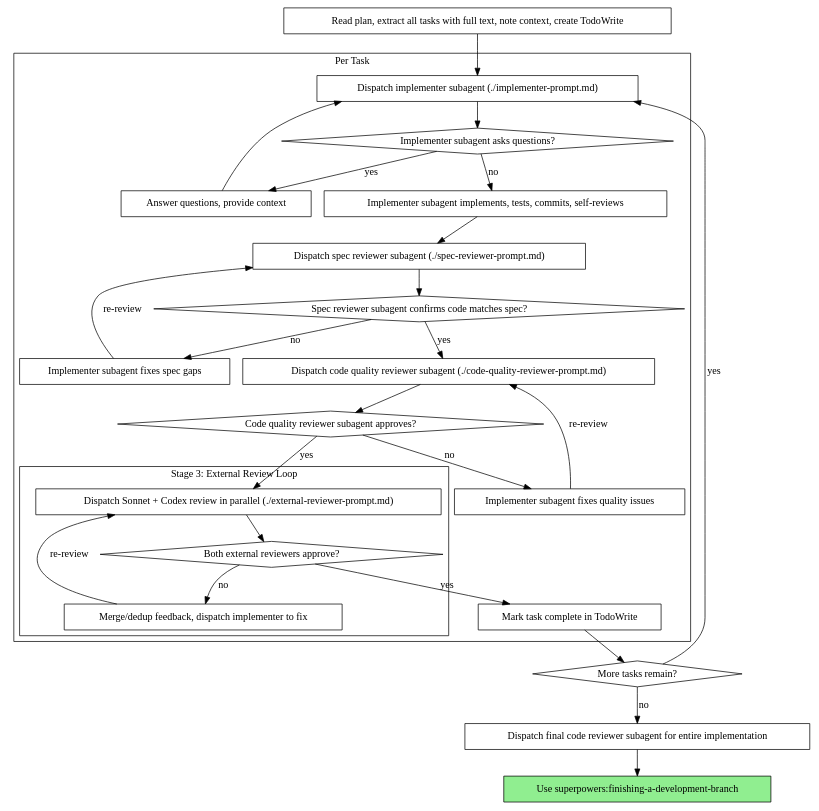
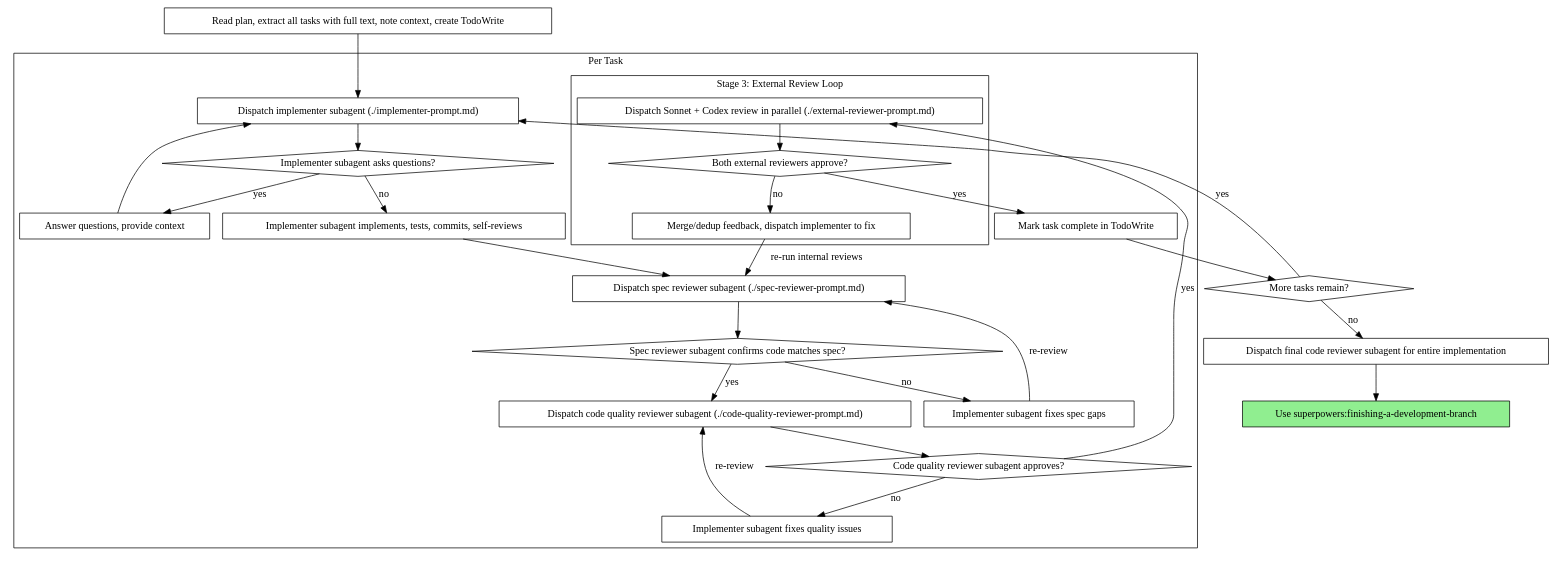
The second of 2 diagrams in skills/subagent-driven-development/SKILL.md (bmax121/superpowers), drawn with Graphviz before and after one commit. The commit also changed other lines of this file and 1 other file, not shown here.

Commit message:
fix: re-run internal reviews after external review fixes (caught by Codex review)

````diff
--- a/skills/subagent-driven-development/SKILL.md
+++ b/skills/subagent-driven-development/SKILL.md
@@ -42,56 +42,56 @@
 ```dot
 digraph process {
     rankdir=TB;
 
     subgraph cluster_per_task {
         label="Per Task";
         "Dispatch implementer subagent (./implementer-prompt.md)" [shape=box];
         "Implementer subagent asks questions?" [shape=diamond];
         "Answer questions, provide context" [shape=box];
         "Implementer subagent implements, tests, commits, self-reviews" [shape=box];
         "Dispatch spec reviewer subagent (./spec-reviewer-prompt.md)" [shape=box];
         "Spec reviewer subagent confirms code matches spec?" [shape=diamond];
         "Implementer subagent fixes spec gaps" [shape=box];
         "Dispatch code quality reviewer subagent (./code-quality-reviewer-prompt.md)" [shape=box];
         "Code quality reviewer subagent approves?" [shape=diamond];
         "Implementer subagent fixes quality issues" [shape=box];
 
         subgraph cluster_external {
             label="Stage 3: External Review Loop";
             "Dispatch Sonnet + Codex review in parallel (./external-reviewer-prompt.md)" [shape=box];
             "Both external reviewers approve?" [shape=diamond];
             "Merge/dedup feedback, dispatch implementer to fix" [shape=box];
         }
 
         "Mark task complete in TodoWrite" [shape=box];
     }
 
     "Read plan, extract all tasks with full text, note context, create TodoWrite" [shape=box];
     "More tasks remain?" [shape=diamond];
     "Dispatch final code reviewer subagent for entire implementation" [shape=box];
     "Use superpowers:finishing-a-development-branch" [shape=box style=filled fillcolor=lightgreen];
 
     "Read plan, extract all tasks with full text, note context, create TodoWrite" -> "Dispatch implementer subagent (./implementer-prompt.md)";
     "Dispatch implementer subagent (./implementer-prompt.md)" -> "Implementer subagent asks questions?";
     "Implementer subagent asks questions?" -> "Answer questions, provide context" [label="yes"];
     "Answer questions, provide context" -> "Dispatch implementer subagent (./implementer-prompt.md)";
     "Implementer subagent asks questions?" -> "Implementer subagent implements, tests, commits, self-reviews" [label="no"];
     "Implementer subagent implements, tests, commits, self-reviews" -> "Dispatch spec reviewer subagent (./spec-reviewer-prompt.md)";
     "Dispatch spec reviewer subagent (./spec-reviewer-prompt.md)" -> "Spec reviewer subagent confirms code matches spec?";
     "Spec reviewer subagent confirms code matches spec?" -> "Implementer subagent fixes spec gaps" [label="no"];
     "Implementer subagent fixes spec gaps" -> "Dispatch spec reviewer subagent (./spec-reviewer-prompt.md)" [label="re-review"];
     "Spec reviewer subagent confirms code matches spec?" -> "Dispatch code quality reviewer subagent (./code-quality-reviewer-prompt.md)" [label="yes"];
     "Dispatch code quality reviewer subagent (./code-quality-reviewer-prompt.md)" -> "Code quality reviewer subagent approves?";
     "Code quality reviewer subagent approves?" -> "Implementer subagent fixes quality issues" [label="no"];
     "Implementer subagent fixes quality issues" -> "Dispatch code quality reviewer subagent (./code-quality-reviewer-prompt.md)" [label="re-review"];
     "Code quality reviewer subagent approves?" -> "Dispatch Sonnet + Codex review in parallel (./external-reviewer-prompt.md)" [label="yes"];
     "Dispatch Sonnet + Codex review in parallel (./external-reviewer-prompt.md)" -> "Both external reviewers approve?";
     "Both external reviewers approve?" -> "Merge/dedup feedback, dispatch implementer to fix" [label="no"];
-    "Merge/dedup feedback, dispatch implementer to fix" -> "Dispatch Sonnet + Codex review in parallel (./external-reviewer-prompt.md)" [label="re-review"];
+    "Merge/dedup feedback, dispatch implementer to fix" -> "Dispatch spec reviewer subagent (./spec-reviewer-prompt.md)" [label="re-run internal reviews"];
     "Both external reviewers approve?" -> "Mark task complete in TodoWrite" [label="yes"];
     "Mark task complete in TodoWrite" -> "More tasks remain?";
     "More tasks remain?" -> "Dispatch implementer subagent (./implementer-prompt.md)" [label="yes"];
     "More tasks remain?" -> "Dispatch final code reviewer subagent for entire implementation" [label="no"];
     "Dispatch final code reviewer subagent for entire implementation" -> "Use superpowers:finishing-a-development-branch";
 }
 ```
````
